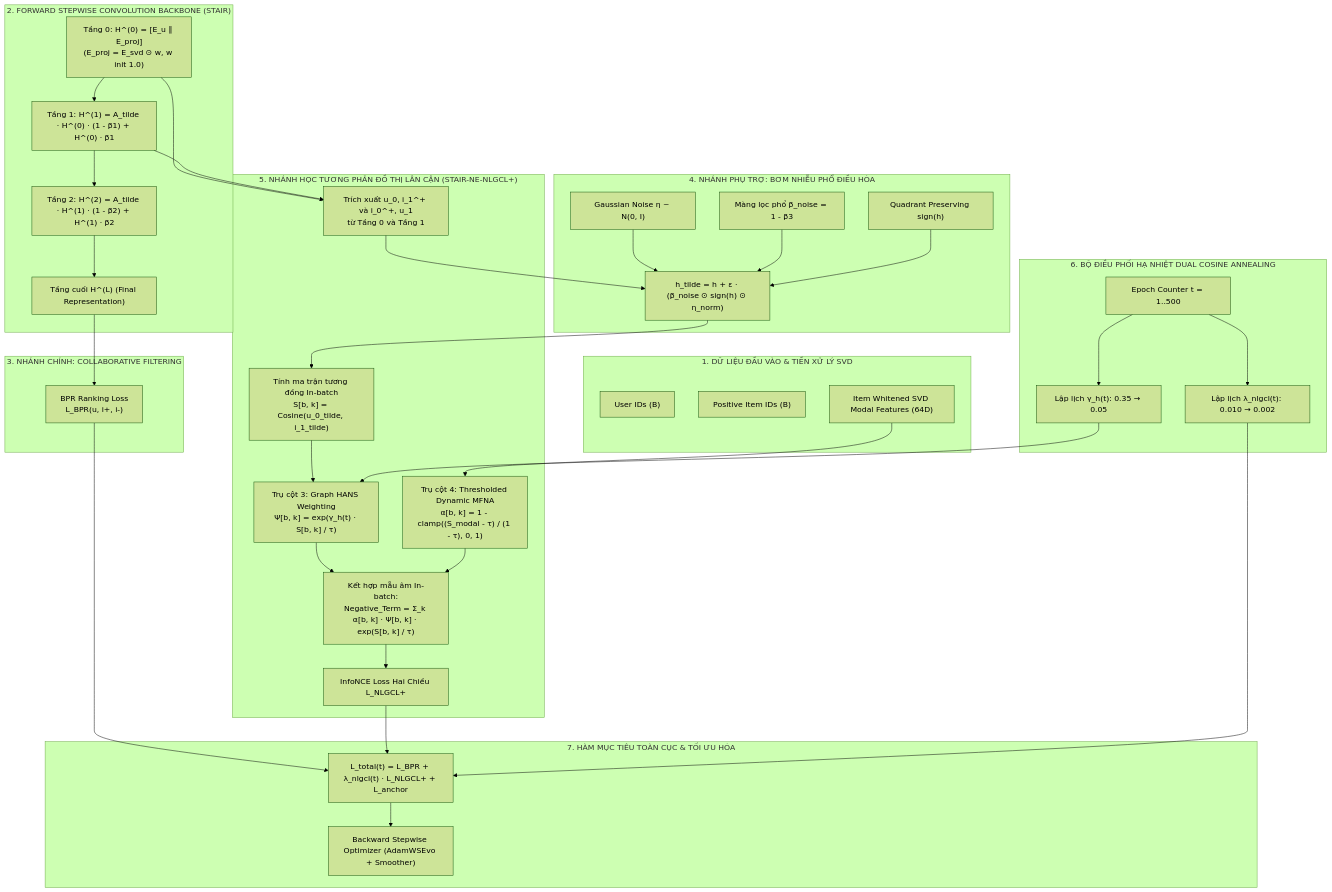
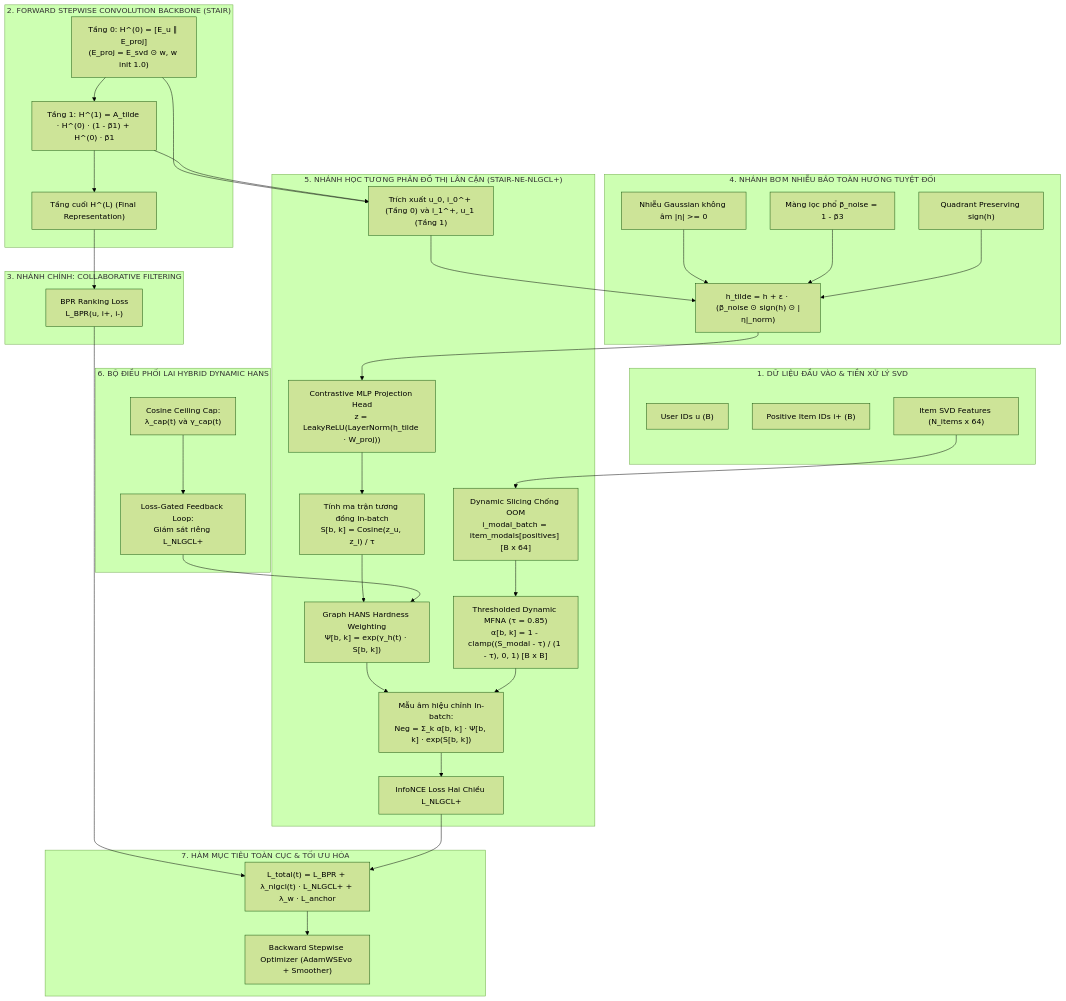
One commit to ThanhChuong12/STAIR-Enhanced changed the first of 2 diagrams in docs/giai_doan_3/STAIR3_v3_Report.md. Above: the diagram before and after it, drawn with Mermaid (forest theme). The commit also changed other lines of this file, not shown here.

````diff
--- a/docs/giai_doan_3/STAIR3_v3_Report.md
+++ b/docs/giai_doan_3/STAIR3_v3_Report.md
@@ -323,73 +307,75 @@
 ```mermaid
 graph TD
     subgraph INPUT ["1. DỮ LIỆU ĐẦU VÀO & TIỀN XỬ LÝ SVD"]
-        U_ID["User IDs (B)"]
-        I_ID["Positive Item IDs (B)"]
-        M_SVD["Item Whitened SVD Modal Features (64D)"]
+        U_ID["User IDs u (B)"]
+        I_ID["Positive Item IDs i+ (B)"]
+        M_SVD["Item SVD Features (N_items x 64)"]
     end
 
     subgraph FSC ["2. FORWARD STEPWISE CONVOLUTION BACKBONE (STAIR)"]
         H0["Tầng 0: H^(0) = [E_u ∥ E_proj]<br/>(E_proj = E_svd ⊙ w, w init 1.0)"]
         H1["Tầng 1: H^(1) = A_tilde · H^(0) · (1 - β1) + H^(0) · β1"]
-        H2["Tầng 2: H^(2) = A_tilde · H^(1) · (1 - β2) + H^(1) · β2"]
         HL["Tầng cuối H^(L) (Final Representation)"]
-        H0 --> H1 --> H2 --> HL
+        H0 --> H1 --> HL
     end
 
     subgraph MAIN_BRANCH ["3. NHÁNH CHÍNH: COLLABORATIVE FILTERING"]
         BPR_LOSS["BPR Ranking Loss<br/>L_BPR(u, i+, i-)"]
         HL --> BPR_LOSS
     end
 
-    subgraph NOISE_GEN ["4. NHÁNH PHỤ TRỢ: BƠM NHIỄU PHỔ ĐIỀU HÒA"]
-        ETA["Gaussian Noise η ~ N(0, I)"]
+    subgraph NOISE_GEN ["4. NHÁNH BƠM NHIỄU BẢO TOÀN HƯỚNG TUYỆT ĐỐI"]
+        ABS_ETA["Nhiễu Gaussian không âm |η| >= 0"]
         BETA_WEIGHT["Màng lọc phổ β_noise = 1 - β3"]
         SIGN_H["Quadrant Preserving sign(h)"]
-        PERTURB["h_tilde = h + ε · (β_noise ⊙ sign(h) ⊙ η_norm)"]
-        ETA --> PERTURB
+        PERTURB["h_tilde = h + ε · (β_noise ⊙ sign(h) ⊙ |η|_norm)"]
+        ABS_ETA --> PERTURB
         BETA_WEIGHT --> PERTURB
         SIGN_H --> PERTURB
     end
 
     subgraph AUX_CL ["5. NHÁNH HỌC TƯƠNG PHẢN ĐỒ THỊ LÂN CẬN (STAIR-NE-NLGCL+)"]
-        EXTRACT["Trích xuất u_0, i_1^+ và i_0^+, u_1<br/>từ Tầng 0 và Tầng 1"]
+        EXTRACT["Trích xuất u_0, i_0^+ (Tầng 0) và i_1^+, u_1 (Tầng 1)"]
         H0 --> EXTRACT
         H1 --> EXTRACT
         EXTRACT --> PERTURB
         
-        SIM_MAT["Tính ma trận tương đồng In-batch<br/>S[b, k] = Cosine(u_0_tilde, i_1_tilde)"]
-        PERTURB --> SIM_MAT
+        PROJ_HEAD["Contrastive MLP Projection Head<br/>z = LeakyReLU(LayerNorm(h_tilde · W_proj))"]
+        PERTURB --> PROJ_HEAD
         
-        HANS_WEIGHT["Trụ cột 3: Graph HANS Weighting<br/>Ψ[b, k] = exp(γ_h(t) · S[b, k] / τ)"]
+        SLICING["Dynamic Slicing Chống OOM<br/>i_modal_batch = item_modals[positives] [B x 64]"]
+        M_SVD --> SLICING
+        
+        MFNA_GATE["Thresholded Dynamic MFNA (τ = 0.85)<br/>α[b, k] = 1 - clamp((S_modal - τ) / (1 - τ), 0, 1) [B x B]"]
+        SLICING --> MFNA_GATE
+        
+        SIM_MAT["Tính ma trận tương đồng In-batch<br/>S[b, k] = Cosine(z_u, z_i) / τ"]
+        PROJ_HEAD --> SIM_MAT
+        
+        HANS_WEIGHT["Graph HANS Hardness Weighting<br/>Ψ[b, k] = exp(γ_h(t) · S[b, k])"]
         SIM_MAT --> HANS_WEIGHT
         
-        MFNA_GATE["Trụ cột 4: Thresholded Dynamic MFNA<br/>α[b, k] = 1 - clamp((S_modal - τ) / (1 - τ), 0, 1)"]
-        M_SVD --> MFNA_GATE
-        
-        COMBINED_NEG["Kết hợp mẫu âm In-batch:<br/>Negative_Term = Σ_k α[b, k] · Ψ[b, k] · exp(S[b, k] / τ)"]
+        COMBINED_NEG["Mẫu âm hiệu chỉnh In-batch:<br/>Neg = Σ_k α[b, k] · Ψ[b, k] · exp(S[b, k])"]
         HANS_WEIGHT --> COMBINED_NEG
         MFNA_GATE --> COMBINED_NEG
         
         NLGCL_LOSS["InfoNCE Loss Hai Chiều L_NLGCL+"]
         COMBINED_NEG --> NLGCL_LOSS
     end
 
-    subgraph DUAL_SCHEDULER ["6. BỘ ĐIỀU PHỐI HẠ NHIỆT DUAL COSINE ANNEALING"]
-        COS_LAMBDA["Lập lịch λ_nlgcl(t): 0.010 → 0.002"]
-        COS_GAMMA["Lập lịch γ_h(t): 0.35 → 0.05"]
-        EPOCH_CTR["Epoch Counter t = 1..500"]
-        EPOCH_CTR --> COS_LAMBDA
-        EPOCH_CTR --> COS_GAMMA
-        COS_GAMMA --> HANS_WEIGHT
+    subgraph HYBRID_SCHEDULER ["6. BỘ ĐIỀU PHỐI LAI HYBRID DYNAMIC HANS"]
+        COS_CAP["Cosine Ceiling Cap:<br/>λ_cap(t) và γ_cap(t)"]
+        LOSS_FEEDBACK["Loss-Gated Feedback Loop:<br/>Giám sát riêng L_NLGCL+"]
+        COS_CAP --> LOSS_FEEDBACK
+        LOSS_FEEDBACK --> HANS_WEIGHT
     end
 
     subgraph TOTAL_OPT ["7. HÀM MỤC TIÊU TOÀN CỤC & TỐI ƯU HÓA"]
-        L_TOTAL["L_total(t) = L_BPR + λ_nlgcl(t) · L_NLGCL+ + L_anchor"]
+        L_TOTAL["L_total(t) = L_BPR + λ_nlgcl(t) · L_NLGCL+ + λ_w · L_anchor"]
         BPR_LOSS --> L_TOTAL
         NLGCL_LOSS --> L_TOTAL
-        COS_LAMBDA --> L_TOTAL
         
         BACKWARD["Backward Stepwise Optimizer (AdamWSEvo + Smoother)"]
         L_TOTAL --> BACKWARD
     end
 ```
````
